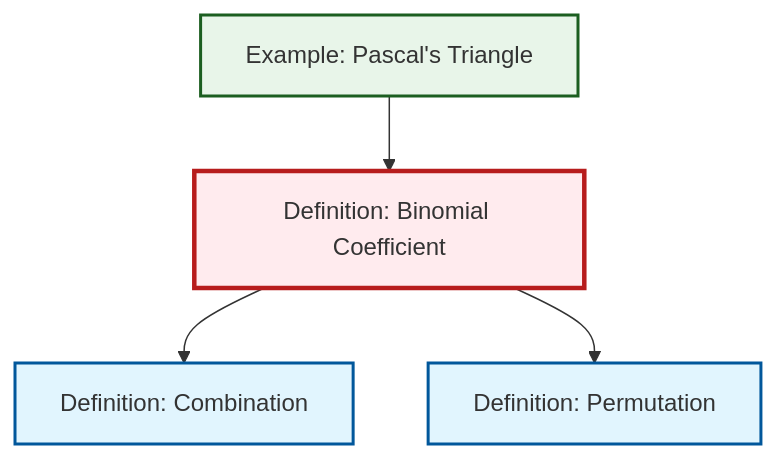
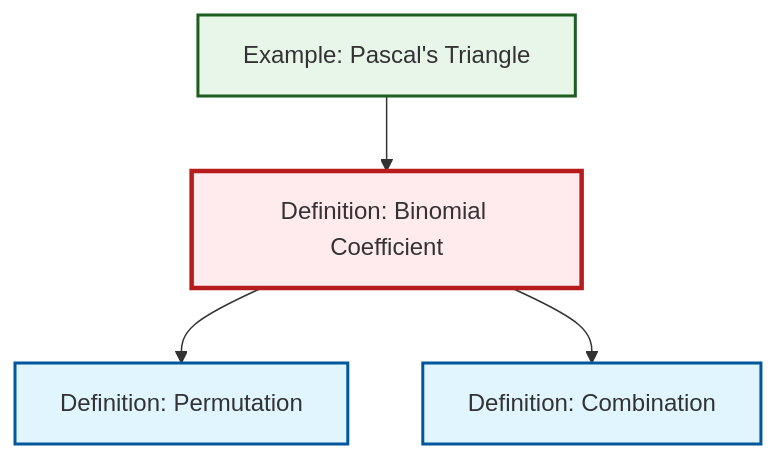
The diagram in content/en/combinatorics/def-binomial-coefficient.qmd (RK0429/ModernMath), drawn with Mermaid before and after one commit. The commit also changed 511 other files, not shown here.

````diff
--- a/content/en/combinatorics/def-binomial-coefficient.qmd
+++ b/content/en/combinatorics/def-binomial-coefficient.qmd
@@ -63,21 +63,17 @@
 ```{mermaid}
 %%| fig-cap: "Local dependency graph"
 graph TD
     classDef definition fill:#e1f5fe,stroke:#01579b,stroke-width:2px
     classDef theorem fill:#f3e5f5,stroke:#4a148c,stroke-width:2px
     classDef axiom fill:#fff3e0,stroke:#e65100,stroke-width:2px
     classDef example fill:#e8f5e9,stroke:#1b5e20,stroke-width:2px
     classDef current fill:#ffebee,stroke:#b71c1c,stroke-width:3px
+    def-binomial-coefficient["Definition: Binomial Coefficient"]:::definition
     ex-pascals-triangle["Example: Pascal's Triangle"]:::example
     def-permutation["Definition: Permutation"]:::definition
-    def-binomial-coefficient["Definition: Binomial Coefficient"]:::definition
     def-combination["Definition: Combination"]:::definition
+    def-binomial-coefficient --> def-permutation
     def-binomial-coefficient --> def-combination
-    def-binomial-coefficient --> def-permutation
     ex-pascals-triangle --> def-binomial-coefficient
     class def-binomial-coefficient current
-
-    click ex-pascals-triangle "ex-pascals-triangle.html" "Go to Pascal's Triangle example"
-    click def-permutation "def-permutation.html" "Go to Permutation definition"
-    click def-combination "def-combination.html" "Go to Combination definition"
 ```
````
